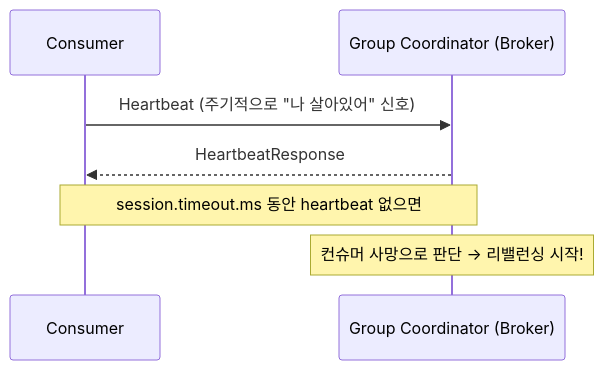
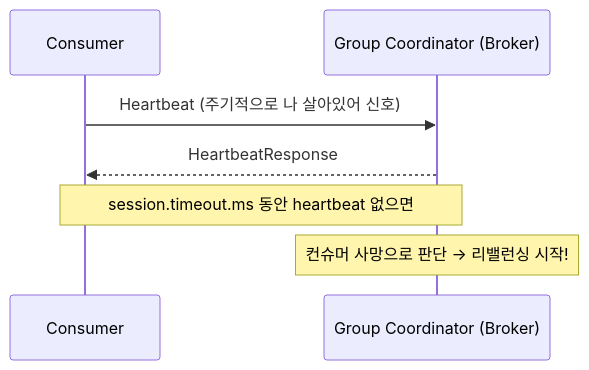
One commit to yjkim2015/yjkim2015.github.io changed the seventh of 21 diagrams in _posts/kafka/2026-05-01-kafka-internals.md. Above: the diagram before and after it, drawn with Mermaid. The commit also changed other lines of this file and 60 other files, not shown here.

First line of the commit message:
sequenceDiagram 문법 에러 수정 92개

````diff
--- a/_posts/kafka/2026-05-01-kafka-internals.md
+++ b/_posts/kafka/2026-05-01-kafka-internals.md
@@ -188,9 +188,9 @@
 ```mermaid
 sequenceDiagram
     participant C as Consumer
     participant GC as Group Coordinator (Broker)
-    C->>GC: Heartbeat (주기적으로 "나 살아있어" 신호)
+    C->>GC: Heartbeat (주기적으로 나 살아있어 신호)
     GC-->>C: HeartbeatResponse
     Note over C,GC: session.timeout.ms 동안 heartbeat 없으면
     Note over GC: 컨슈머 사망으로 판단 → 리밸런싱 시작!
 ```
````
